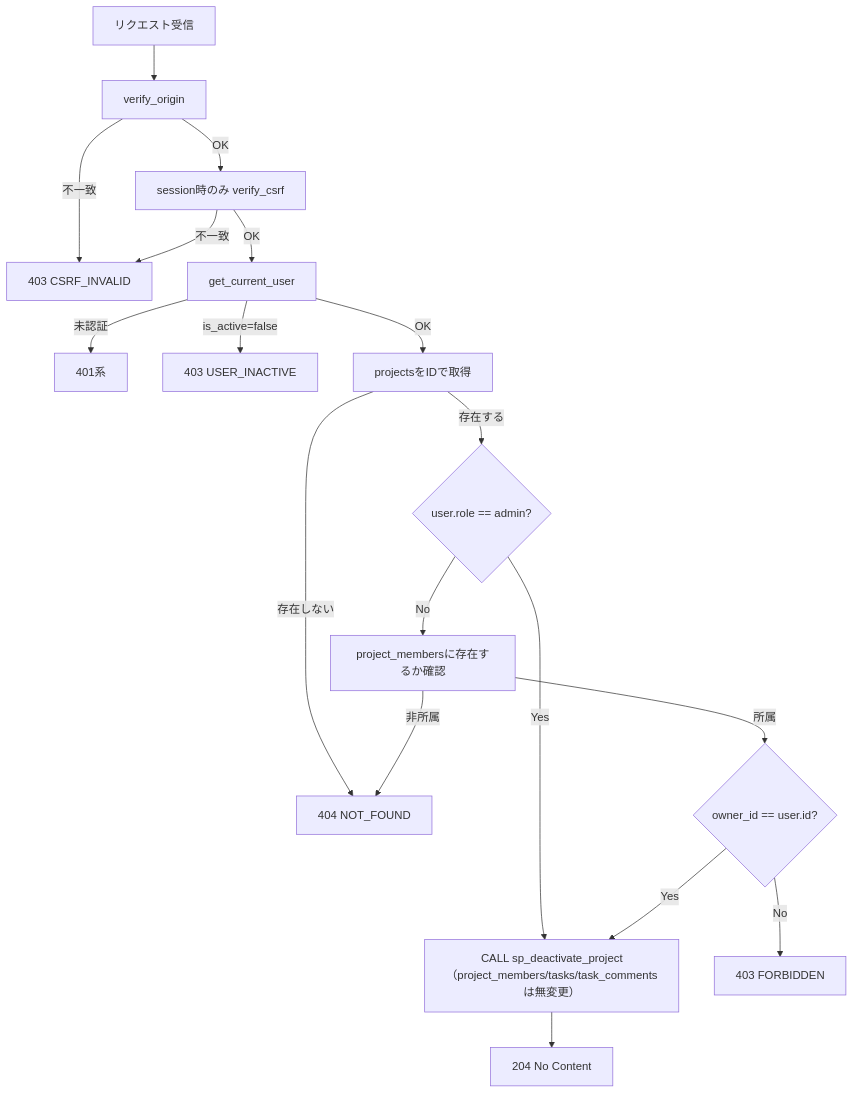
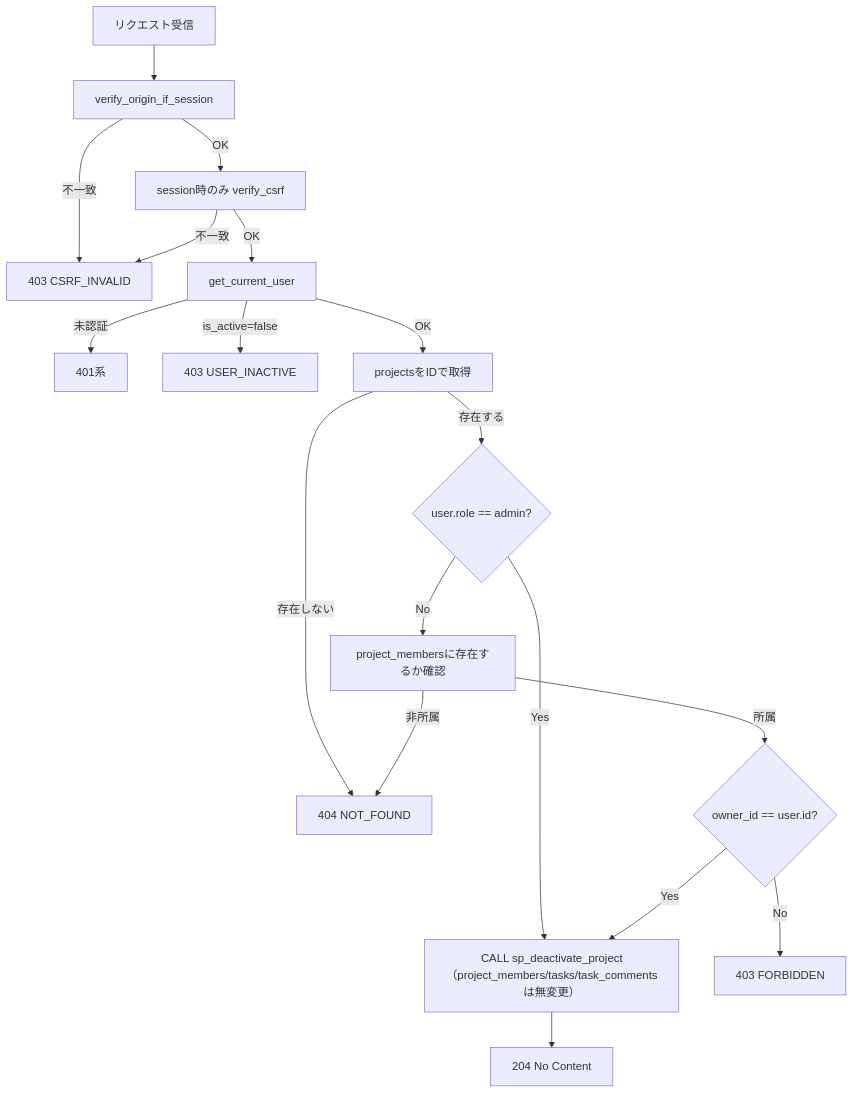
Before and after one commit to oikawa-d/task_management: the second of 4 diagrams in docs/detailed_design/api/projects/05_delete_project.md, drawn with Mermaid. The commit also changed other lines of this file and 31 other files, not shown here.

````diff
--- a/docs/detailed_design/api/projects/05_delete_project.md
+++ b/docs/detailed_design/api/projects/05_delete_project.md
@@ -89,20 +89,20 @@
 ```mermaid
 flowchart TB
-    A["リクエスト受信"] --> B["verify_origin"]
+    A["リクエスト受信"] --> B["verify_origin_if_session"]
     B -->|"不一致"| B1["403 CSRF_INVALID"]
     B -->|"OK"| C["session時のみ verify_csrf"]
     C -->|"不一致"| B1
     C -->|"OK"| D["get_current_user"]
     D -->|"未認証"| D1["401系"]
     D -->|"is_active=false"| D2["403 USER_INACTIVE"]
     D -->|"OK"| E["projectsをIDで取得"]
     E -->|"存在しない"| E1["404 NOT_FOUND"]
     E -->|"存在する"| F{"user.role == admin?"}
     F -->|"Yes"| H
     F -->|"No"| G["project_membersに存在するか確認"]
     G -->|"非所属"| E1
     G -->|"所属"| I{"owner_id == user.id?"}
     I -->|"No"| I1["403 FORBIDDEN"]
     I -->|"Yes"| H
     H["CALL sp_deactivate_project<br/>（project_members/tasks/task_commentsは無変更）"] --> J["204 No Content"]
 ```
````
